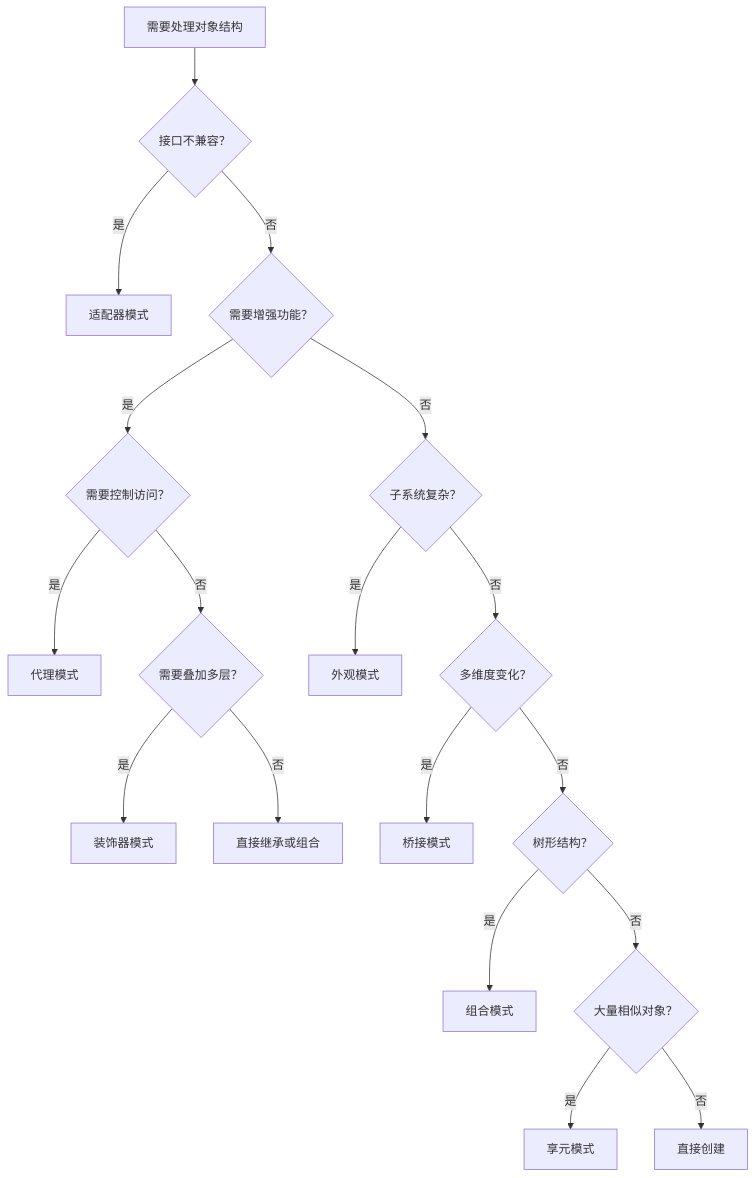
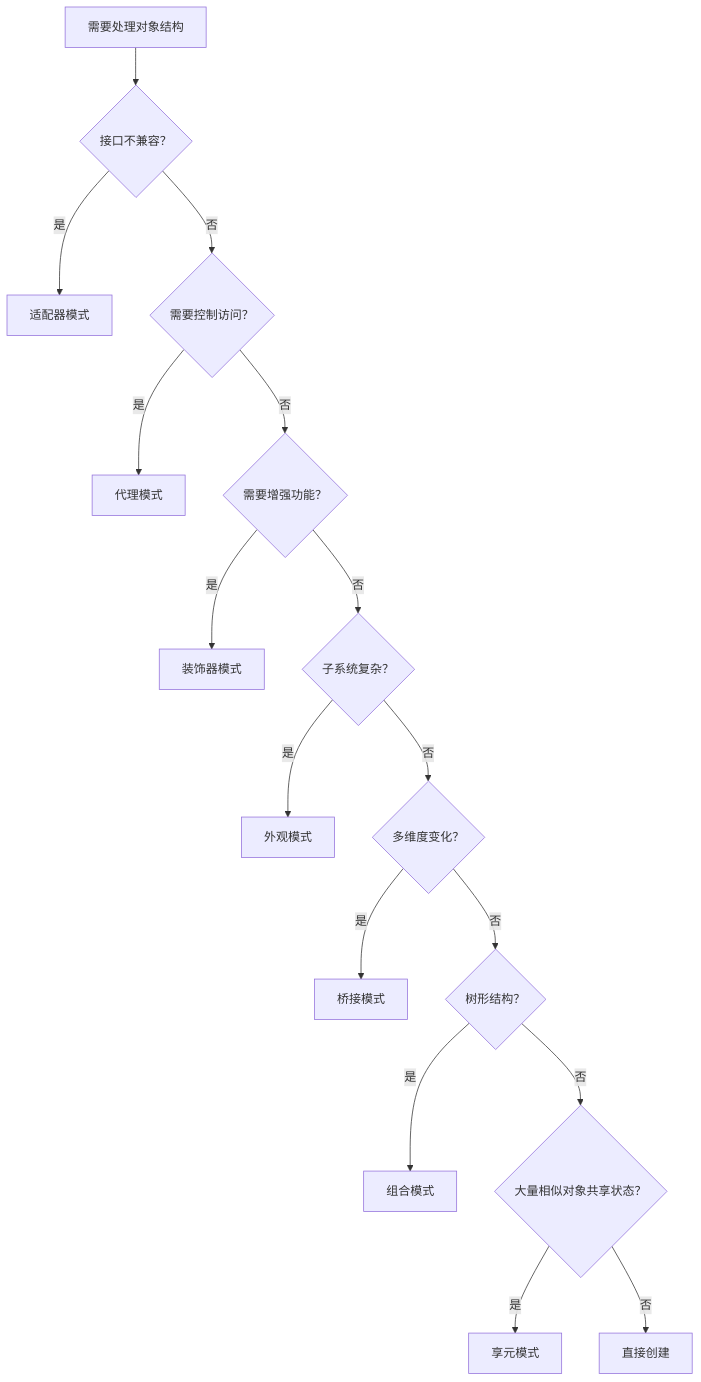
One commit to b1tzer/the-stack changed the diagram in docs/design-pattern/02-structural/chapter-08-structural-comparison.md. Above: the diagram before and after it, drawn with Mermaid. The commit also changed other lines of this file and 7 other files, not shown here.

````diff
--- a/docs/design-pattern/02-structural/chapter-08-structural-comparison.md
+++ b/docs/design-pattern/02-structural/chapter-08-structural-comparison.md
@@ -96,20 +106,18 @@
 ```mermaid
 flowchart TD
     A[需要处理对象结构] --> B{接口不兼容？}
     B -->|是| C[适配器模式]
-    B -->|否| D{需要增强功能？}
-    D -->|是| E{需要控制访问？}
-    E -->|是| F[代理模式]
-    E -->|否| G{需要叠加多层？}
-    G -->|是| H[装饰器模式]
-    G -->|否| I[直接继承或组合]
-    D -->|否| J{子系统复杂？}
+    B -->|否| D{需要控制访问？}
+    D -->|是| F[代理模式]
+    D -->|否| E{需要增强功能？}
+    E -->|是| H[装饰器模式]
+    E -->|否| J{子系统复杂？}
     J -->|是| K[外观模式]
     J -->|否| L{多维度变化？}
     L -->|是| M[桥接模式]
     L -->|否| N{树形结构？}
     N -->|是| O[组合模式]
-    N -->|否| P{大量相似对象？}
+    N -->|否| P{大量相似对象共享状态？}
     P -->|是| Q[享元模式]
     P -->|否| R[直接创建]
 ```
````
